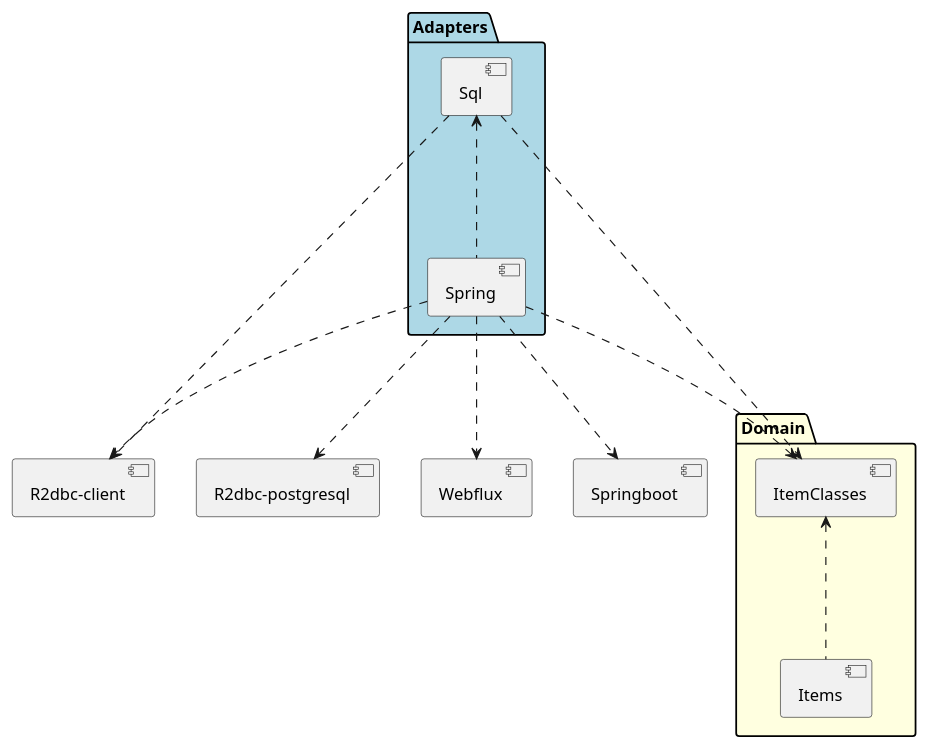
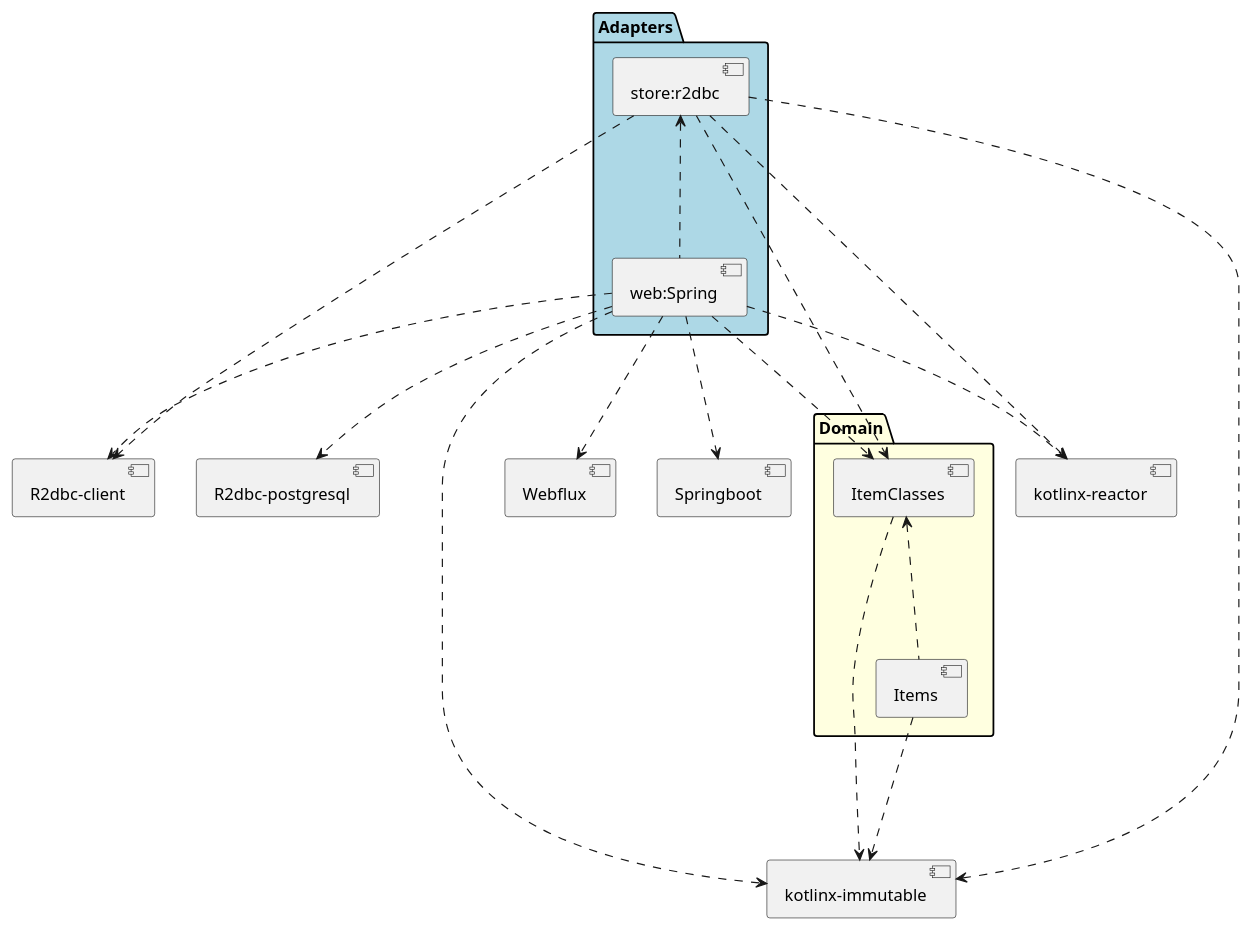
One commit to maciejmalecki/inventory changed the diagram in doc/dia/zerodependency.puml. Above: the diagram before and after it, drawn with PlantUML. The commit also changed 24 other files, not shown here.

```diff
--- a/doc/dia/zerodependency.puml
+++ b/doc/dia/zerodependency.puml
@@ -1,26 +1,36 @@
 @startuml
 
+[R2dbc-client] as r2dbc
+[R2dbc-postgresql] as psql
+[kotlinx-immutable] as immutable
+[Webflux]
+[Springboot]
+[kotlinx-reactor] as reactor
+
 package "Domain" #lightyellow {
-[ItemClasses] <... [Items]
+    [ItemClasses] <... [Items]
 }
 
 package "Adapters" #lightblue {
-[Sql] <... [Spring]
+    [store:r2dbc] as storer2dbc
+    [web:Spring] as Spring
 }
 
-together {
-    [R2dbc-client] as r2dbc
-    [R2dbc-postgresql] as psql
-    [Webflux]
-    [Springboot]
-}
+storer2dbc <... Spring
 
-Sql ...> ItemClasses
-Sql ...> r2dbc
+ItemClasses ...> immutable
+Items ...> immutable
+
+storer2dbc ...> ItemClasses
+storer2dbc ...> r2dbc
+storer2dbc ...> immutable
+storer2dbc ...> reactor
 
 Spring ...> ItemClasses
 Spring ...> psql
 Spring ...> r2dbc
 Spring ...> Webflux
 Spring ...> Springboot
+Spring ...> immutable
+Spring ...> reactor
 @enduml
```
